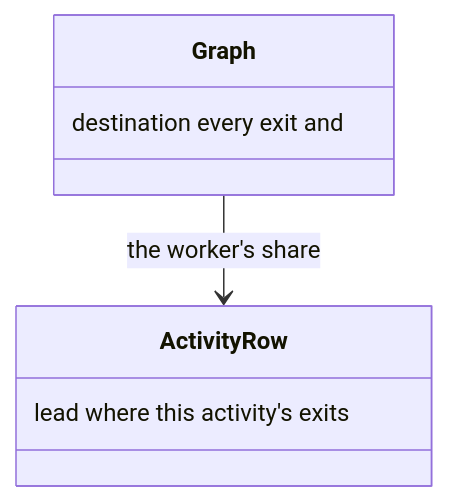
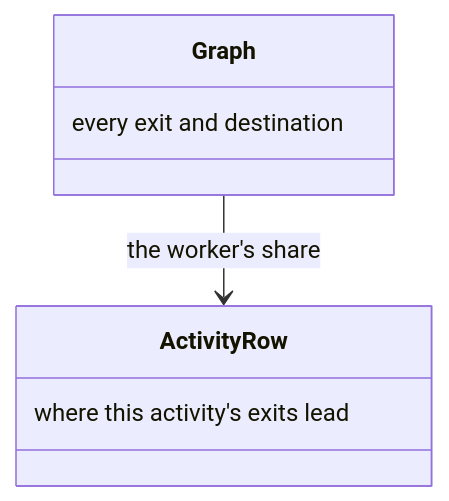
Diagram 22 of 36 in docs/state.md (m2ux/workflow-server), drawn with Mermaid before and after one commit. The commit also changed other lines of this file and 10 other files, not shown here.

Commit message:
Write each class-box note in reading order so the diagram shows the phrase as written.

````diff
--- a/docs/state.md
+++ b/docs/state.md
@@ -394,10 +394,10 @@
 ```mermaid
 classDiagram
   class Graph {
-    destination every exit and
+    every exit and destination
   }
   class ActivityRow {
-    lead where this activity's exits
+    where this activity's exits lead
   }
   Graph --> ActivityRow : the worker's share
 ```
````
